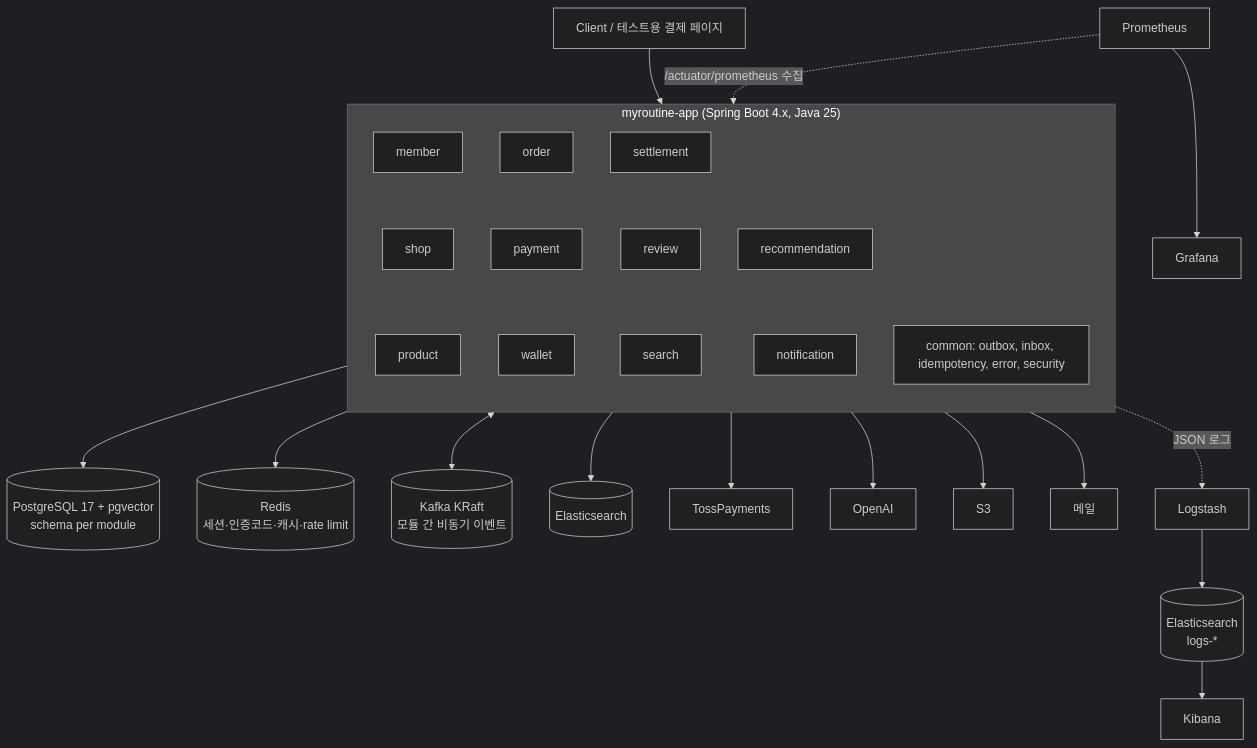
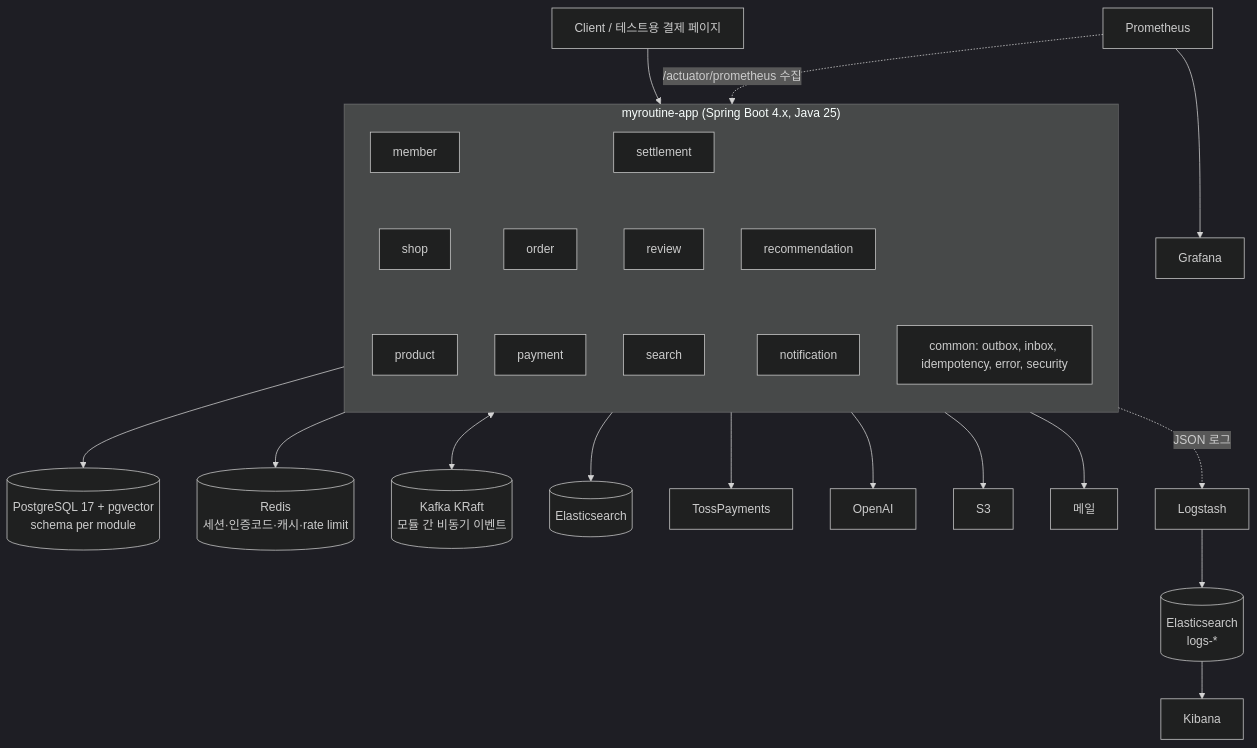
Before and after one commit to 95twan/myroutine-v2: the first of 2 diagrams in docs/02-design/02-architecture-stage1.md, drawn with Mermaid (dark theme). The commit also changed other lines of this file and 27 other files, not shown here.

````diff
--- a/docs/02-design/02-architecture-stage1.md
+++ b/docs/02-design/02-architecture-stage1.md
@@ -5,23 +5,23 @@
 ```mermaid
 flowchart TB
   Client[Client / 테스트용 결제 페이지] --> App
   subgraph App["myroutine-app (Spring Boot 4.x, Java 25)"]
     direction TB
     MEM[member] ~~~ SHOP[shop] ~~~ PRD[product]
-    ORD[order] ~~~ PAY[payment] ~~~ WAL[wallet]
+    ORD[order] ~~~ PAY[payment]
     STL[settlement] ~~~ REV[review] ~~~ SRC[search]
     REC[recommendation] ~~~ NTF[notification]
     COM[common: outbox, inbox, idempotency, error, security]
   end
   App --> PG[(PostgreSQL 17 + pgvector<br/>schema per module)]
   App --> RD[(Redis<br/>세션·인증코드·캐시·rate limit)]
   App <--> KF[(Kafka KRaft<br/>모듈 간 비동기 이벤트)]
   App --> ES[(Elasticsearch)]
   App --> TOSS[TossPayments]
   App --> OAI[OpenAI]
   App --> S3[S3]
   App --> SMTP[메일]
   App -. JSON 로그 .-> LS[Logstash] --> ESL[(Elasticsearch<br/>logs-*)] --> KIB[Kibana]
   PROM[Prometheus] -. /actuator/prometheus 수집 .-> App
   PROM --> GRAF[Grafana]
 ```
````
